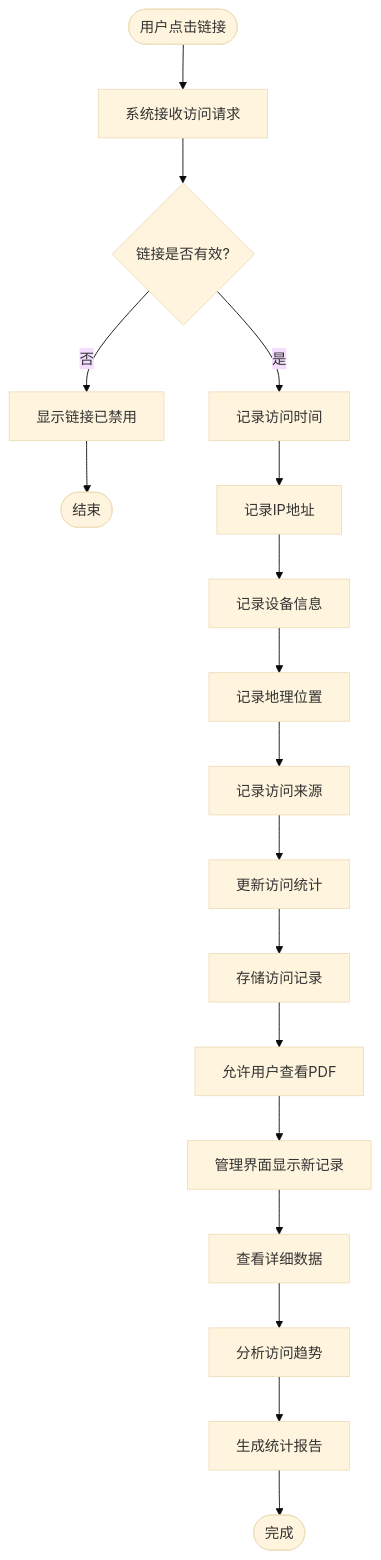
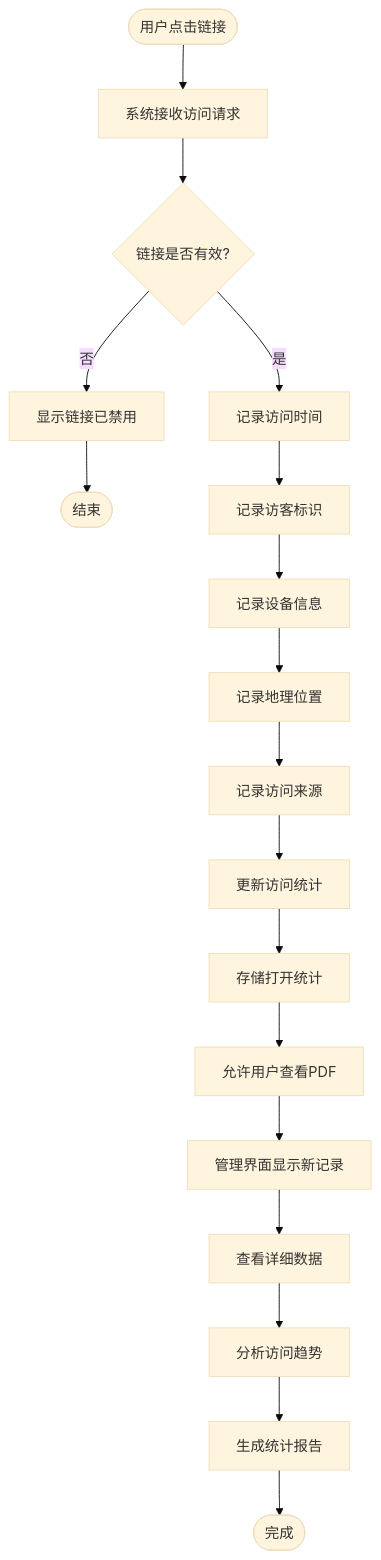
The fourth of 12 diagrams in src/content/blog/cn/maipdf-complete-workflow-guide-with-diagrams.md (mythenigma/cloudflareAstro), drawn with Mermaid (base theme) before and after one commit. The commit also changed other lines of this file and 353 other files, not shown here.

````diff
--- a/src/content/blog/cn/maipdf-complete-workflow-guide-with-diagrams.md
+++ b/src/content/blog/cn/maipdf-complete-workflow-guide-with-diagrams.md
@@ -171,20 +171,20 @@
 ```mermaid
 flowchart TD
     Start([用户点击链接]) --> A[系统接收访问请求]
     A --> B{链接是否有效?}
     B -->|否| C[显示链接已禁用]
     C --> End1([结束])
     B -->|是| D[记录访问时间]
-    D --> E[记录IP地址]
+    D --> E[记录访客标识]
     E --> F[记录设备信息]
     F --> G[记录地理位置]
     G --> H[记录访问来源]
     H --> I[更新访问统计]
-    I --> J[存储访问记录]
+    I --> J[存储打开统计]
     J --> K[允许用户查看PDF]
     K --> L[管理界面显示新记录]
     L --> M[查看详细数据]
     M --> N[分析访问趋势]
     N --> O[生成统计报告]
     O --> End2([完成])
 ```
````
